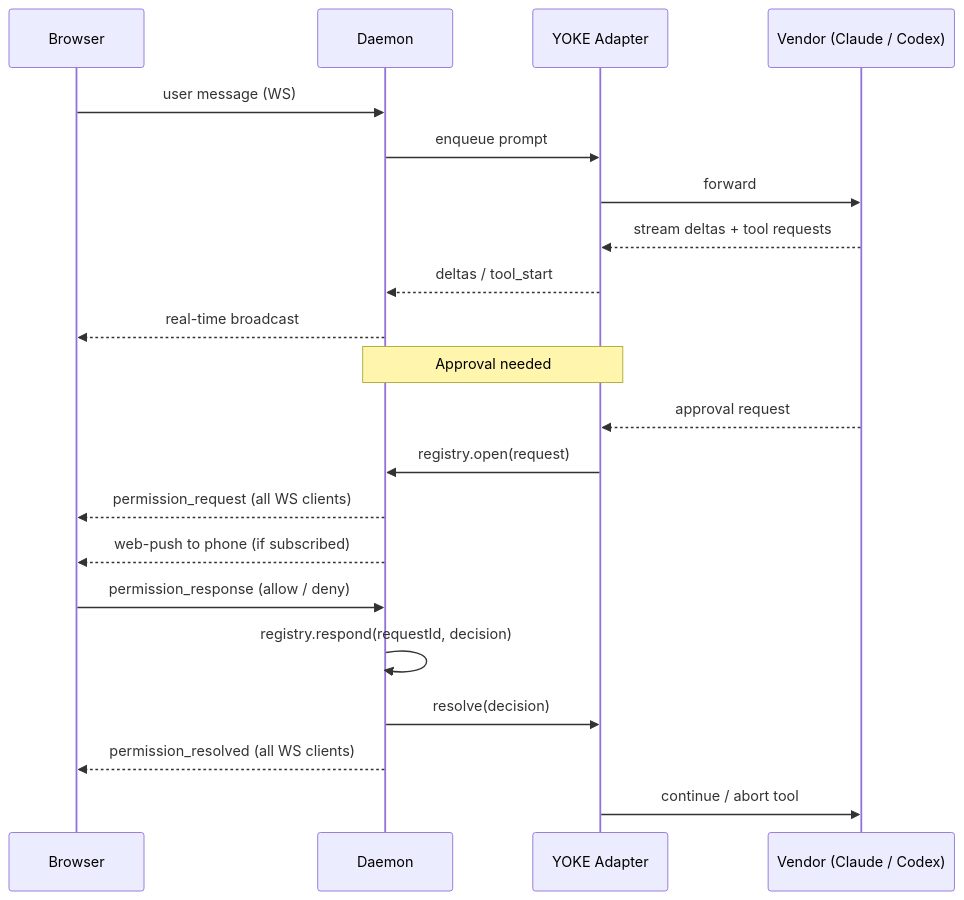
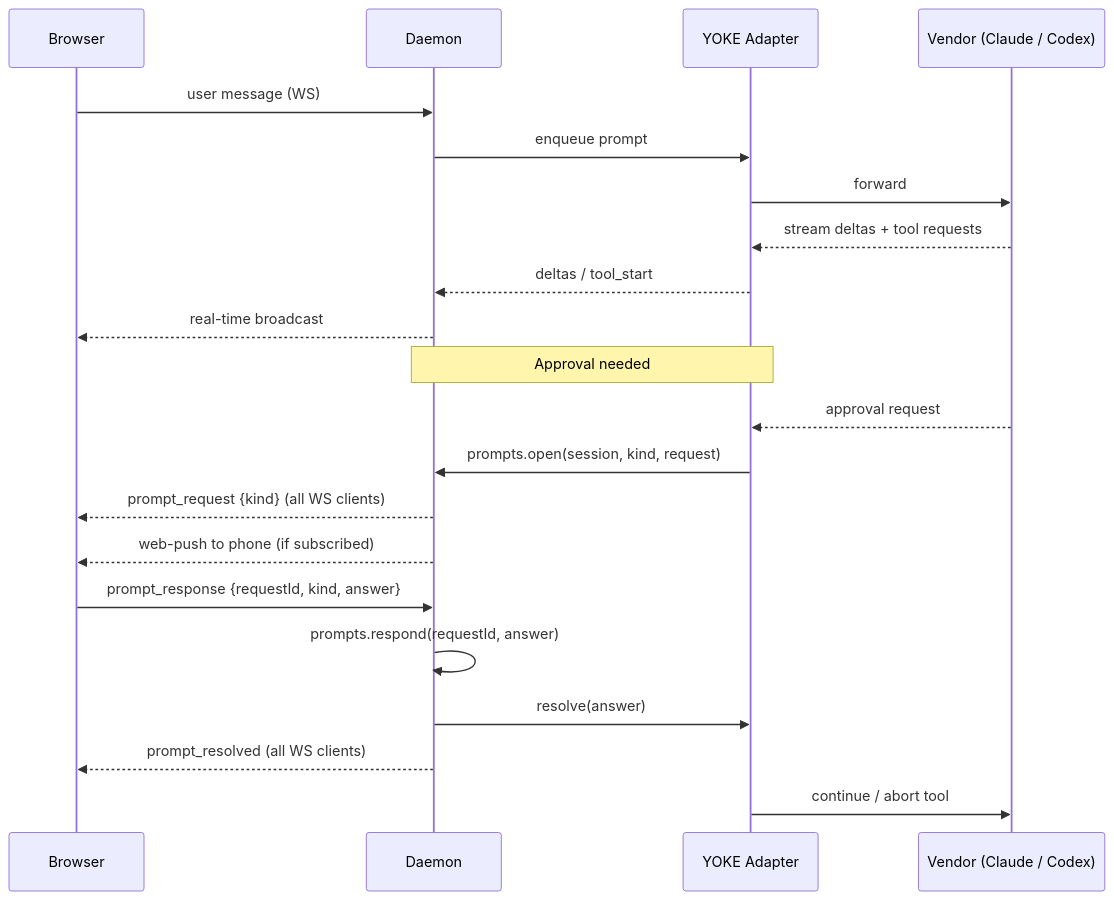
One commit to clagentic/clagentic-console changed the fifth of 5 diagrams in docs/guides/architecture.md. Above: the diagram before and after it, drawn with Mermaid. The commit also changed other lines of this file and 1 other file, not shown here.

Commit message:
docs(architecture): describe the prompt registry, kinds and the client shell (lr-a345eb)

````diff
--- a/docs/guides/architecture.md
+++ b/docs/guides/architecture.md
@@ -179,25 +179,25 @@
 ```mermaid
 sequenceDiagram
     participant B as Browser
     participant S as Daemon
     participant Y as YOKE Adapter
     participant V as Vendor (Claude / Codex)
 
     B->>S: user message (WS)
     S->>Y: enqueue prompt
     Y->>V: forward
     V-->>Y: stream deltas + tool requests
     Y-->>S: deltas / tool_start
     S-->>B: real-time broadcast
 
     Note over Y,S: Approval needed
     V-->>Y: approval request
-    Y->>S: registry.open(request)
-    S-->>B: permission_request (all WS clients)
+    Y->>S: prompts.open(session, kind, request)
+    S-->>B: prompt_request {kind} (all WS clients)
     S-->>B: web-push to phone (if subscribed)
-    B->>S: permission_response (allow / deny)
-    S->>S: registry.respond(requestId, decision)
-    S->>Y: resolve(decision)
-    S-->>B: permission_resolved (all WS clients)
+    B->>S: prompt_response {requestId, kind, answer}
+    S->>S: prompts.respond(requestId, answer)
+    S->>Y: resolve(answer)
+    S-->>B: prompt_resolved (all WS clients)
     Y->>V: continue / abort tool
 ```
````
